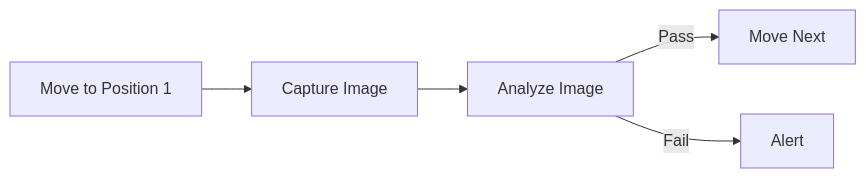
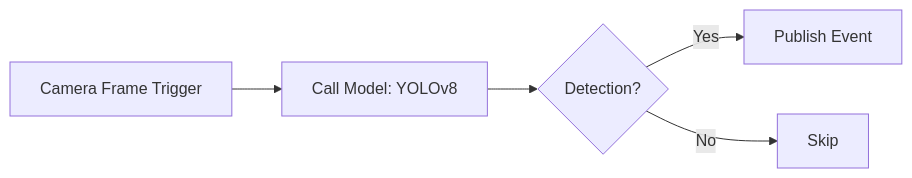
The diagram in use-cyberwave/workflows/overview.mdx (cyberwave-os/docs-mintlify), drawn with Mermaid before and after one commit. The commit also changed other lines of this file and 11 other files, not shown here.

````diff
--- a/use-cyberwave/workflows/overview.mdx
+++ b/use-cyberwave/workflows/overview.mdx
@@ -144,7 +147,7 @@
 ```mermaid
 flowchart LR
-    A[Move to Position 1] --> B[Capture Image]
-    B --> C[Analyze Image]
-    C -->|Pass| D[Move Next]
-    C -->|Fail| E[Alert]
+    A[Camera Frame Trigger] --> B[Call Model: YOLOv8]
+    B --> C{Detection?}
+    C -->|Yes| D[Publish Event]
+    C -->|No| E[Skip]
 ```
````
